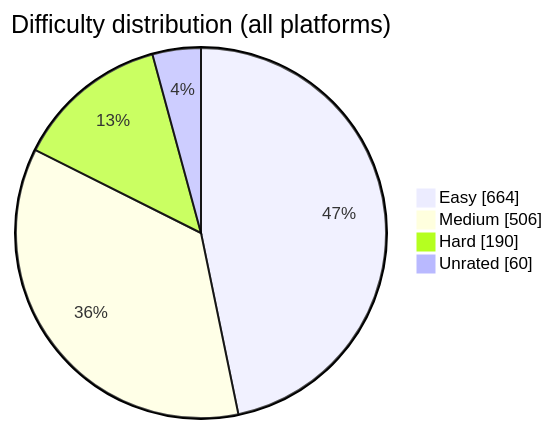
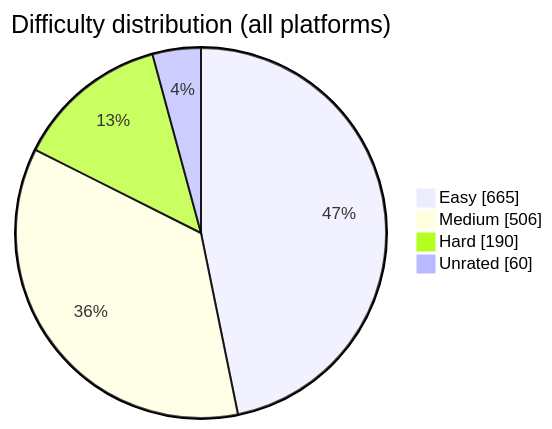
Before and after one commit to BuildbyArindam/Daily-Coding-Log: the diagram in README.md, drawn with Mermaid. The commit also changed other lines of this file, not shown here.

````diff
--- a/README.md
+++ b/README.md
@@ -93,7 +93,7 @@
 ```mermaid
 pie showData title Difficulty distribution (all platforms)
-    "Easy" : 664
+    "Easy" : 665
     "Medium" : 506
     "Hard" : 190
     "Unrated" : 60
 ```
````
